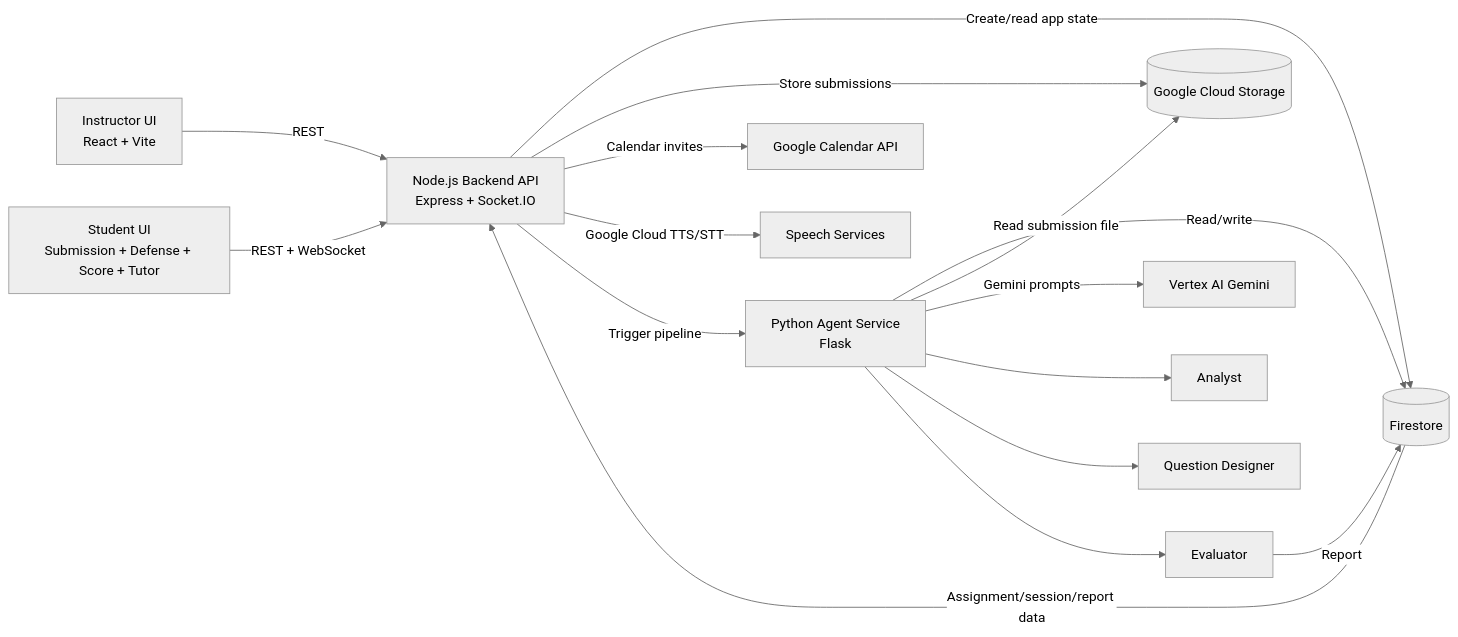
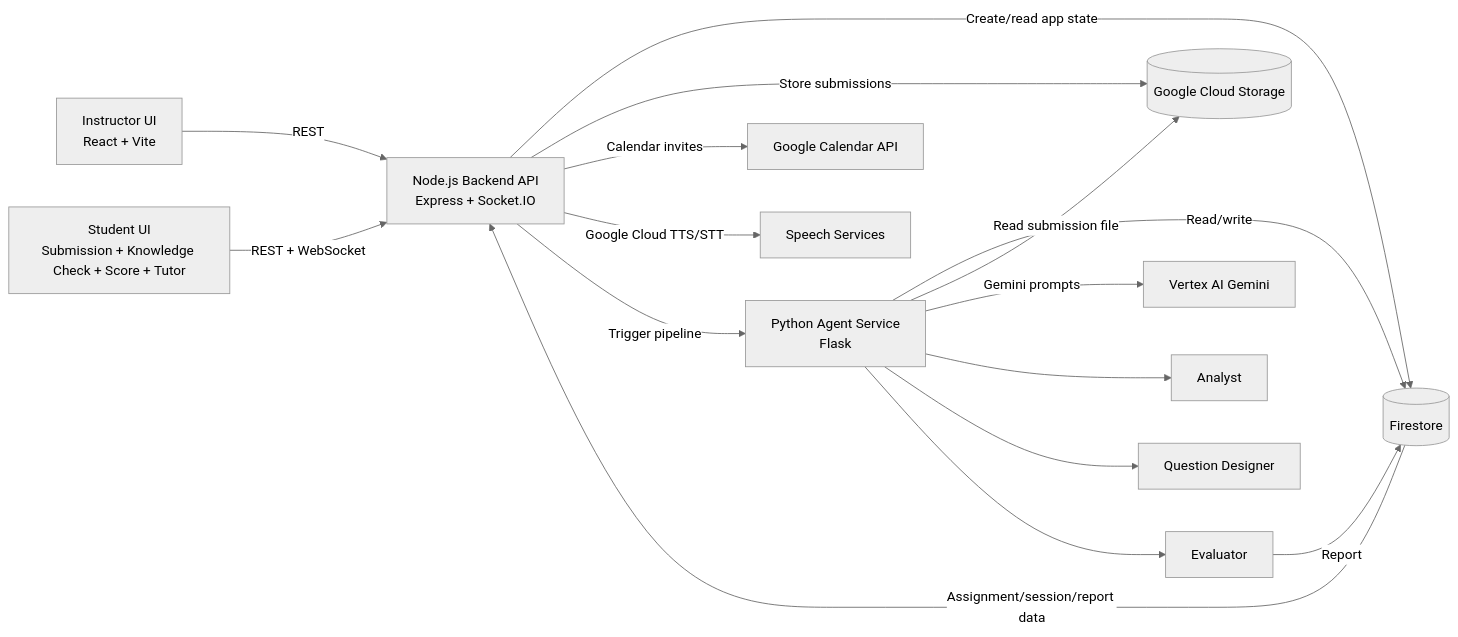
The diagram in README.md (DevelopedBy-Siva/after-proof), drawn with Mermaid (neutral theme) before and after one commit. The commit also changed other lines of this file and 4 other files, not shown here.

````diff
--- a/README.md
+++ b/README.md
@@ -45,22 +45,22 @@
 ```mermaid
 flowchart LR
     A[Instructor UI<br/>React + Vite] -->|REST| B[Node.js Backend API<br/>Express + Socket.IO]
-    S[Student UI<br/>Submission + Defense + Score + Tutor] -->|REST + WebSocket| B
+    S[Student UI<br/>Submission + Knowledge Check + Score + Tutor] -->|REST + WebSocket| B
 
     B -->|Create/read app state| F[(Firestore)]
     B -->|Store submissions| G[(Google Cloud Storage)]
     B -->|Calendar invites| C[Google Calendar API]
     B -->|Google Cloud TTS/STT| X[Speech Services]
     B -->|Trigger pipeline| P[Python Agent Service<br/>Flask]
 
     P -->|Read/write| F
     P -->|Read submission file| G
     P -->|Gemini prompts| V[Vertex AI Gemini]
 
     P --> A1[Analyst]
     P --> A2[Question Designer]
     P --> A3[Evaluator]
 
     A3 -->|Report| F
     F -->|Assignment/session/report data| B
 ```
````
